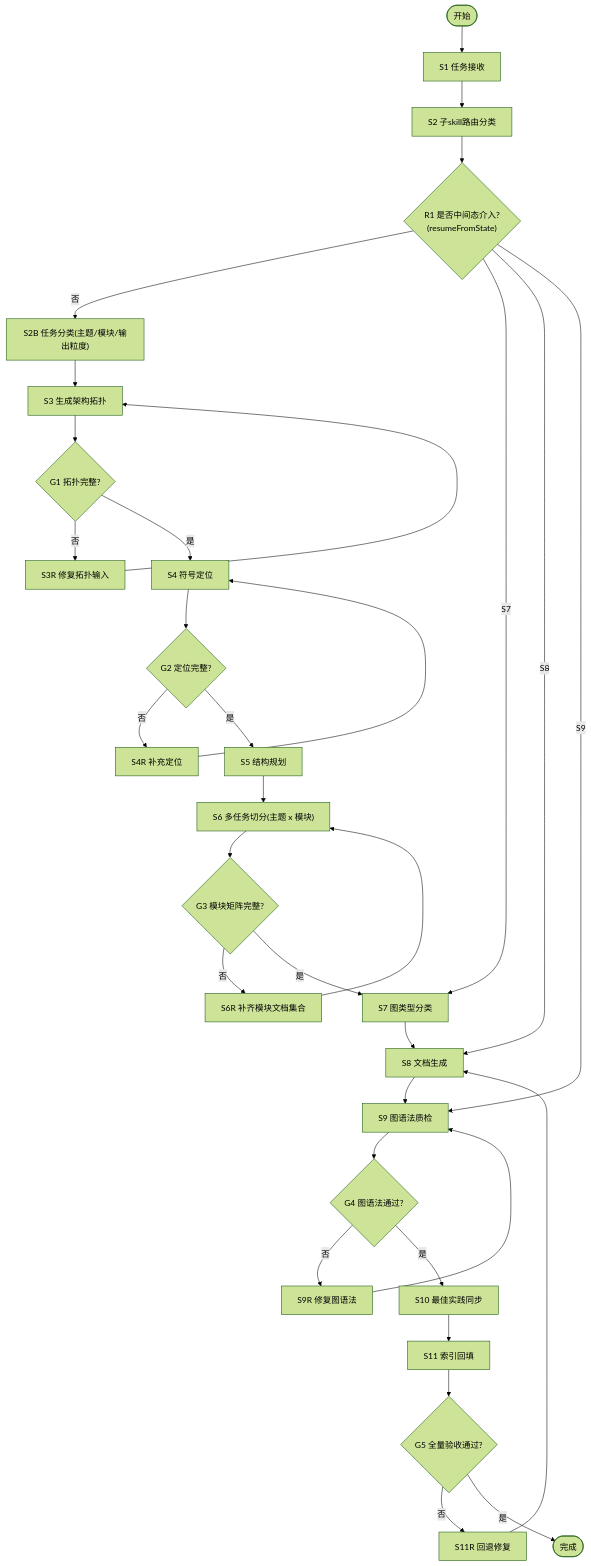
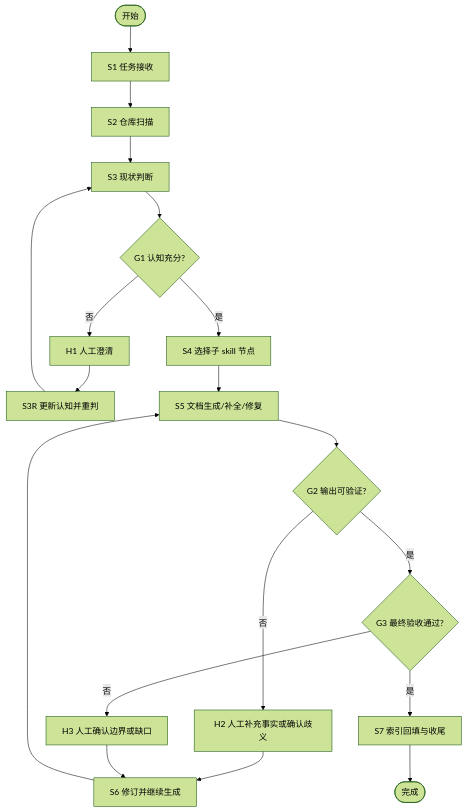
One commit to deosiree/cursor-config changed the second of 2 diagrams in md-skills/gen-README/SKILL.md. Above: the diagram before and after it, drawn with Mermaid (forest theme). The commit also changed other lines of this file and 160 other files, not shown here.

````diff
--- a/md-skills/gen-README/SKILL.md
+++ b/md-skills/gen-README/SKILL.md
@@ -33,30 +81,17 @@
 ```mermaid
 flowchart TD
   startNode([开始]) --> intakeTask["S1 任务接收"]
-  intakeTask --> routePhase["S2 子skill路由分类"]
-  routePhase --> resumeCheck{"R1 是否中间态介入?\n(resumeFromState)"}
-  resumeCheck -->|否| classifyTask["S2B 任务分类(主题/模块/输出粒度)"]
-  resumeCheck -->|S7| diagramClassify["S7 图类型分类"]
-  resumeCheck -->|S8| writePhase["S8 文档生成"]
-  resumeCheck -->|S9| lintPhase["S9 图语法质检"]
-  classifyTask --> topologyPhase["S3 生成架构拓扑"]
-  topologyPhase --> gateTopology{"G1 拓扑完整?"}
-  gateTopology -->|否| topologyRepair["S3R 修复拓扑输入"] --> topologyPhase
-  gateTopology -->|是| symbolPhase["S4 符号定位"]
-  symbolPhase --> gateSymbol{"G2 定位完整?"}
-  gateSymbol -->|否| symbolRepair["S4R 补充定位"] --> symbolPhase
-  gateSymbol -->|是| structurePhase["S5 结构规划"]
-  structurePhase --> splitPhase["S6 多任务切分(主题 x 模块)"]
-  splitPhase --> matrixCheck{"G3 模块矩阵完整?"}
-  matrixCheck -->|否| matrixRepair["S6R 补齐模块文档集合"] --> splitPhase
-  matrixCheck -->|是| diagramClassify["S7 图类型分类"]
-  diagramClassify --> writePhase["S8 文档生成"]
-  writePhase --> lintPhase["S9 图语法质检"]
-  lintPhase --> gateLint{"G4 图语法通过?"}
-  gateLint -->|否| lintRepair["S9R 修复图语法"] --> lintPhase
-  gateLint -->|是| bestPractice["S10 最佳实践同步"]
-  bestPractice --> readmePhase["S11 索引回填"]
-  readmePhase --> finalGate{"G5 全量验收通过?"}
-  finalGate -->|否| rollbackPhase["S11R 回退修复"] --> writePhase
-  finalGate -->|是| endNode([完成])
+  intakeTask --> scanRepo["S2 仓库扫描"]
+  scanRepo --> assessState["S3 现状判断"]
+  assessState --> infoGate{"G1 认知充分?"}
+  infoGate -->|否| humanClarify["H1 人工澄清"]
+  humanClarify --> rescan["S3R 更新认知并重判"] --> assessState
+  infoGate -->|是| selectNodes["S4 选择子 skill 节点"]
+  selectNodes --> produceDocs["S5 文档生成/补全/修复"]
+  produceDocs --> verifyOutput{"G2 输出可验证?"}
+  verifyOutput -->|否| humanSupplement["H2 人工补充事实或确认歧义"]
+  humanSupplement --> reviseDocs["S6 修订并继续生成"] --> produceDocs
+  verifyOutput -->|是| finalGate{"G3 最终验收通过?"}
+  finalGate -->|否| boundaryCheck["H3 人工确认边界或缺口"] --> reviseDocs
+  finalGate -->|是| fillIndex["S7 索引回填与收尾"] --> endNode([完成])
 ```
````
